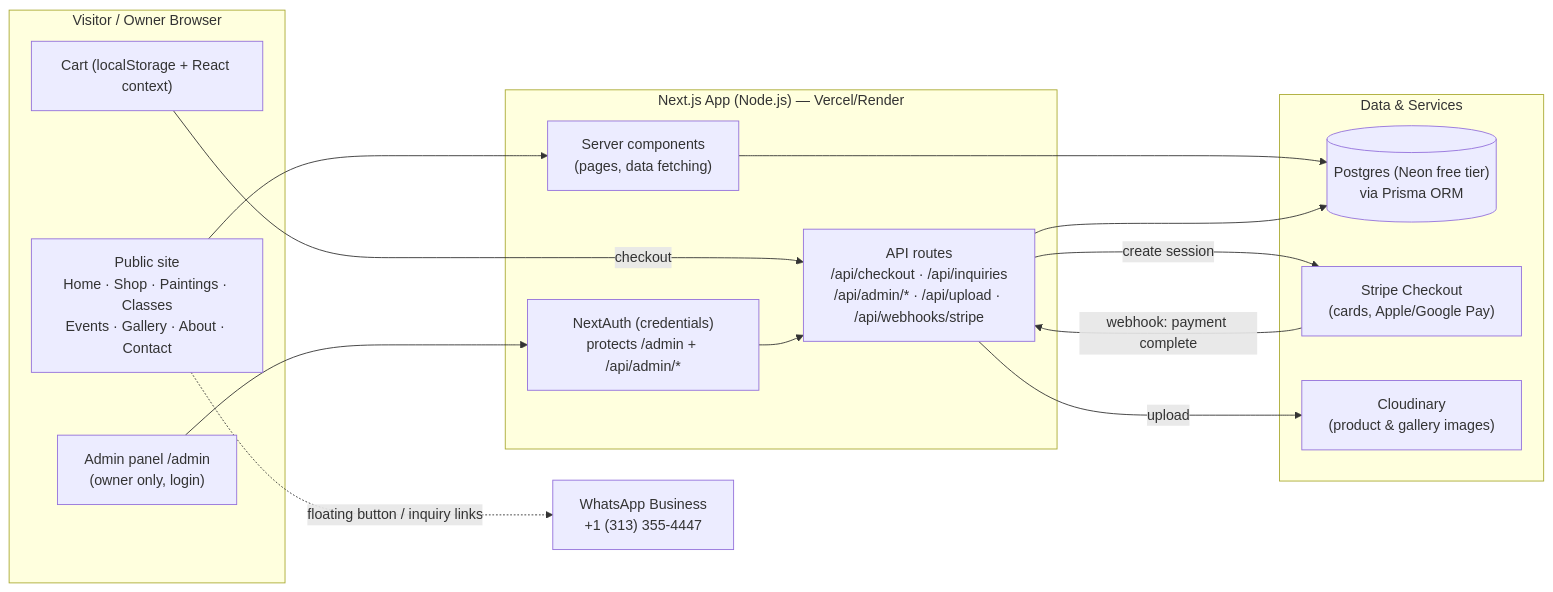
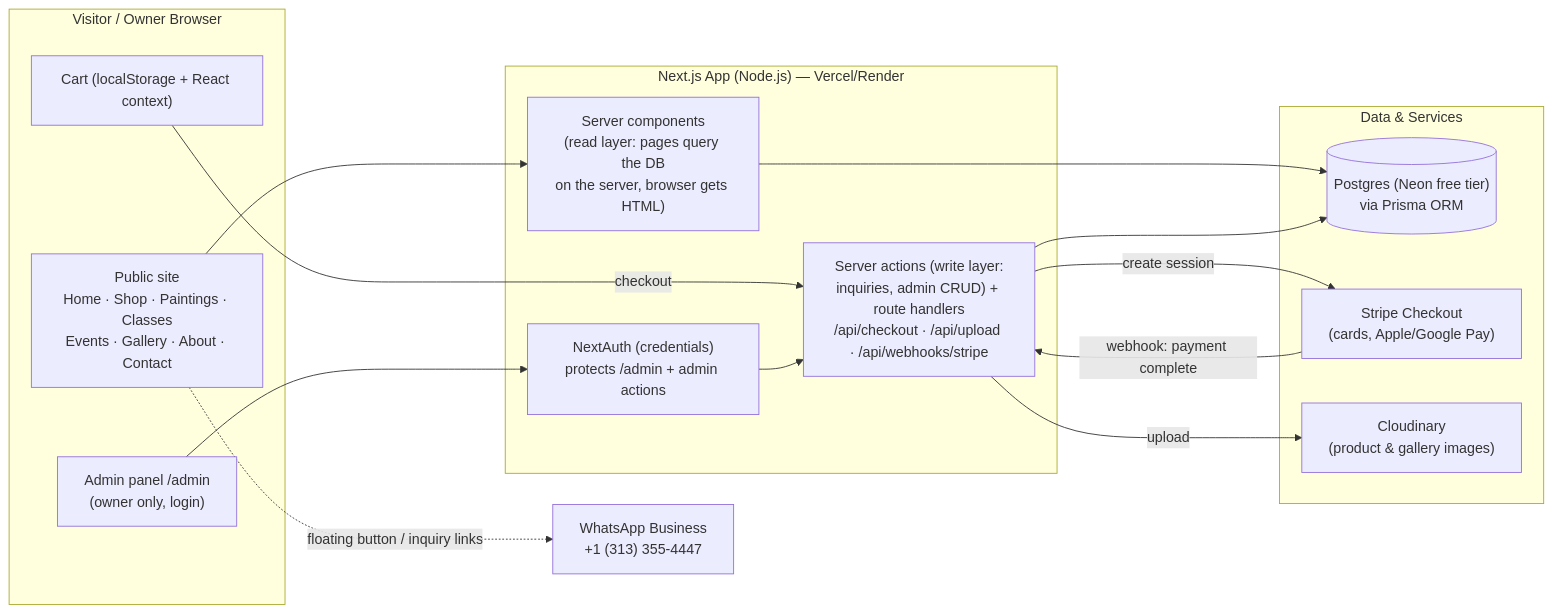
Before and after one commit to rpkrupali1/artaeflora: the first of 5 diagrams in ARCHITECTURE.md, drawn with Mermaid. The commit also changed other lines of this file and 26 other files, not shown here.

````diff
--- a/ARCHITECTURE.md
+++ b/ARCHITECTURE.md
@@ -9,32 +9,32 @@
 ```mermaid
 flowchart LR
     subgraph Client["Visitor / Owner Browser"]
         PUB["Public site<br/>Home · Shop · Paintings · Classes<br/>Events · Gallery · About · Contact"]
         CART["Cart (localStorage + React context)"]
         ADM["Admin panel /admin<br/>(owner only, login)"]
     end
 
     subgraph App["Next.js App (Node.js) — Vercel/Render"]
-        SSR["Server components<br/>(pages, data fetching)"]
-        API["API routes<br/>/api/checkout · /api/inquiries<br/>/api/admin/* · /api/upload · /api/webhooks/stripe"]
-        AUTH["NextAuth (credentials)<br/>protects /admin + /api/admin/*"]
+        SSR["Server components<br/>(read layer: pages query the DB<br/>on the server, browser gets HTML)"]
+        API["Server actions (write layer:<br/>inquiries, admin CRUD) + route handlers<br/>/api/checkout · /api/upload · /api/webhooks/stripe"]
+        AUTH["NextAuth (credentials)<br/>protects /admin + admin actions"]
     end
 
     subgraph Data["Data & Services"]
         DB[("Postgres (Neon free tier)<br/>via Prisma ORM")]
         STRIPE["Stripe Checkout<br/>(cards, Apple/Google Pay)"]
         CLD["Cloudinary<br/>(product & gallery images)"]
     end
 
     WA["WhatsApp Business<br/>+1 (313) 355-4447"]
 
     PUB --> SSR
     CART -->|"checkout"| API
     ADM --> AUTH --> API
     SSR --> DB
     API --> DB
     API -->|"create session"| STRIPE
     STRIPE -->|"webhook: payment complete"| API
     API -->|"upload"| CLD
     PUB -.->|"floating button / inquiry links"| WA
 ```
````
